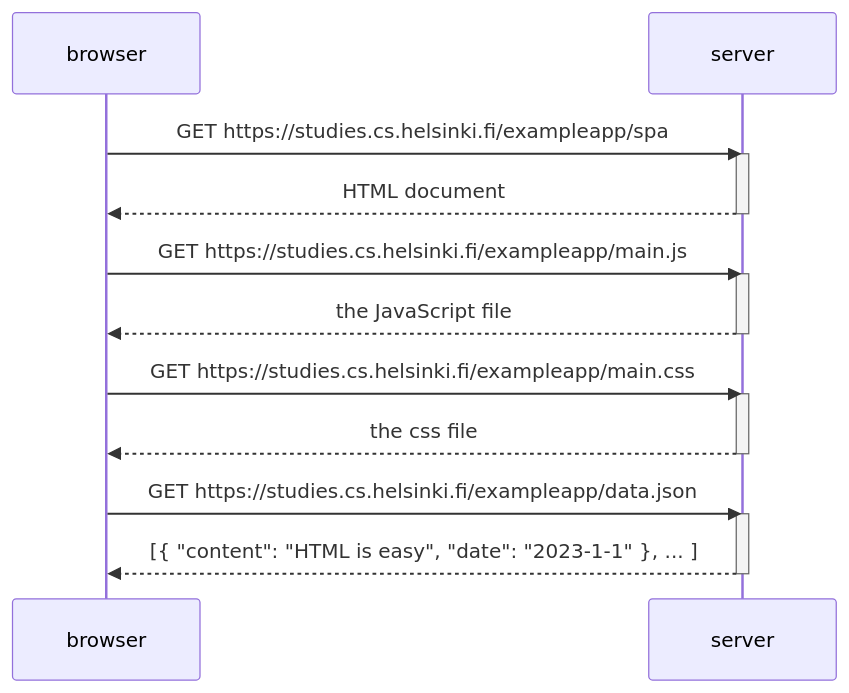
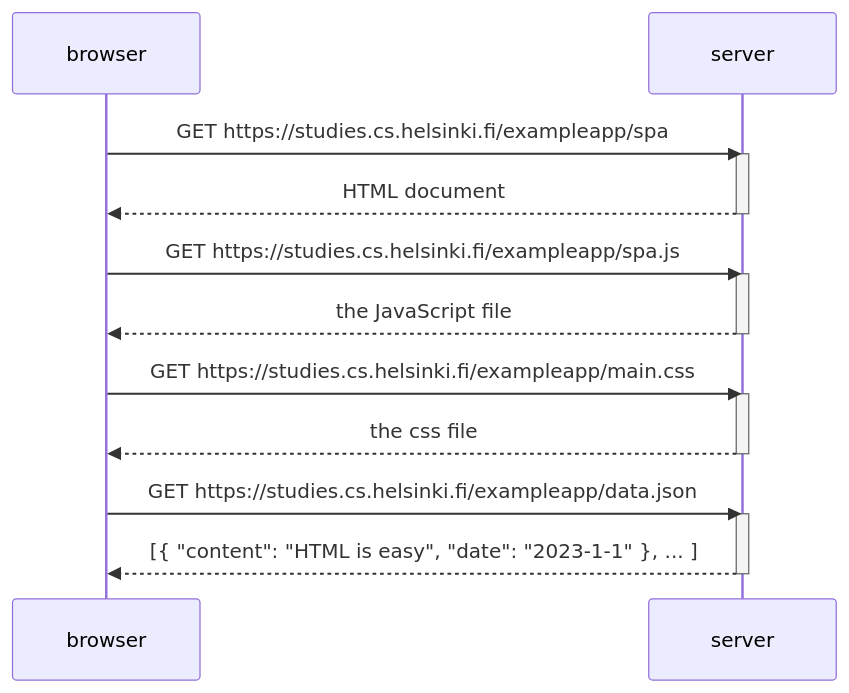
The diagram in osa 0/singlepageapp.md (jarssoft/Fullstack-kurssi), drawn with Mermaid before and after one commit.

Commit message:
0.5 korjaus

````diff
--- a/osa 0/singlepageapp.md
+++ b/osa 0/singlepageapp.md
@@ -2,27 +2,27 @@
 ```mermaid
 sequenceDiagram
     participant browser
     participant server
     
     browser->>server: GET https://studies.cs.helsinki.fi/exampleapp/spa
     activate server
     server-->>browser: HTML document
     deactivate server
         
-    browser->>server: GET https://studies.cs.helsinki.fi/exampleapp/main.js
+    browser->>server: GET https://studies.cs.helsinki.fi/exampleapp/spa.js
     activate server
     server-->>browser: the JavaScript file
     deactivate server
     
     browser->>server: GET https://studies.cs.helsinki.fi/exampleapp/main.css
     activate server
     server-->>browser: the css file
     deactivate server
 
     
     browser->>server: GET https://studies.cs.helsinki.fi/exampleapp/data.json
     activate server
     server-->>browser: [{ "content": "HTML is easy", "date": "2023-1-1" }, ... ]
     deactivate server    
 
 ```
````
